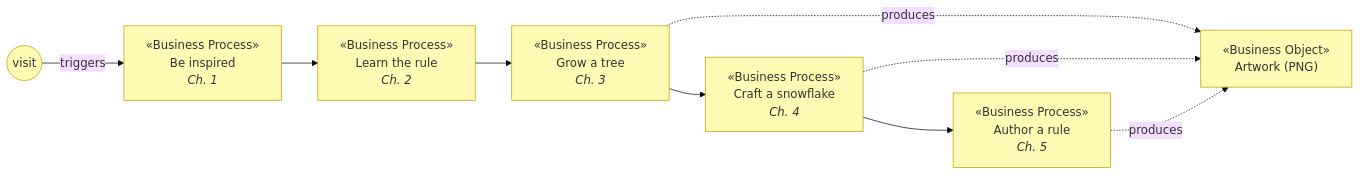
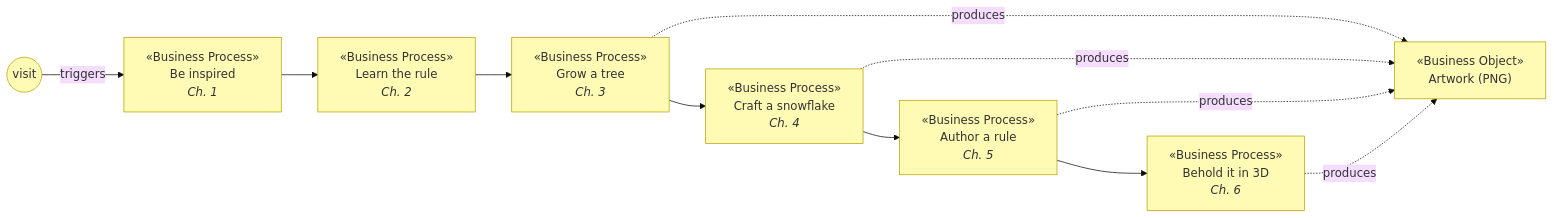
The first of 3 diagrams in docs/ea/2_business/3_business-processes.md (roanboc/fractal-tree-generator), drawn with Mermaid (base theme) before and after one commit. The commit also changed other lines of this file and 42 other files, not shown here.

````diff
--- a/docs/ea/2_business/3_business-processes.md
+++ b/docs/ea/2_business/3_business-processes.md
@@ -20,17 +20,19 @@
 ```mermaid
 flowchart LR
   e0(("visit")):::business
   p1["«Business Process»<br>Be inspired<br><i>Ch. 1</i>"]:::business
   p2["«Business Process»<br>Learn the rule<br><i>Ch. 2</i>"]:::business
   p3["«Business Process»<br>Grow a tree<br><i>Ch. 3</i>"]:::business
   p4["«Business Process»<br>Craft a snowflake<br><i>Ch. 4</i>"]:::business
   p5["«Business Process»<br>Author a rule<br><i>Ch. 5</i>"]:::business
+  p6["«Business Process»<br>Behold it in 3D<br><i>Ch. 6</i>"]:::business
   art["«Business Object»<br>Artwork (PNG)"]:::business
 
-  e0 -->|triggers| p1 --> p2 --> p3 --> p4 --> p5
+  e0 -->|triggers| p1 --> p2 --> p3 --> p4 --> p5 --> p6
   p3 -.->|produces| art
   p4 -.->|produces| art
   p5 -.->|produces| art
+  p6 -.->|produces| art
 
   classDef business fill:#fffbb5,stroke:#b8a200,color:#333
 ```
````
